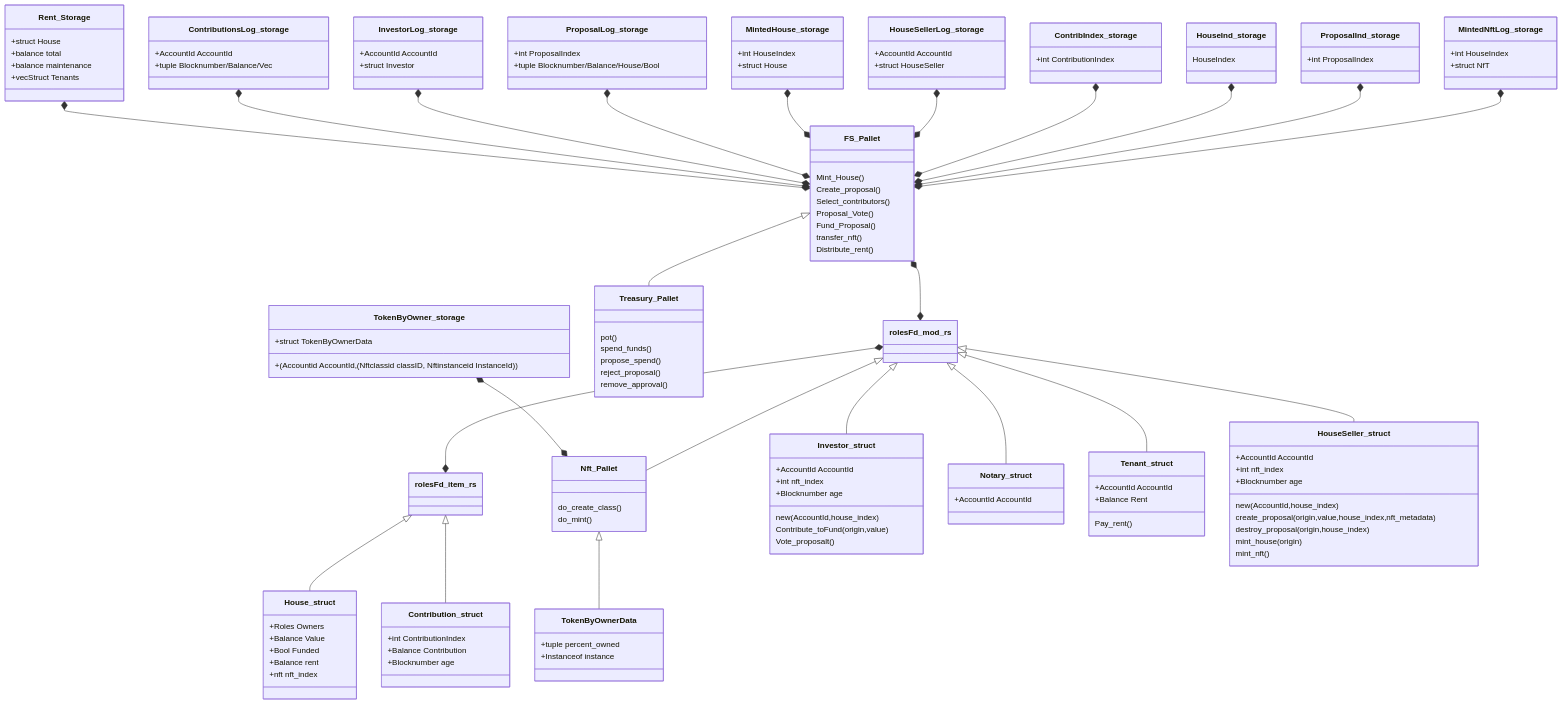
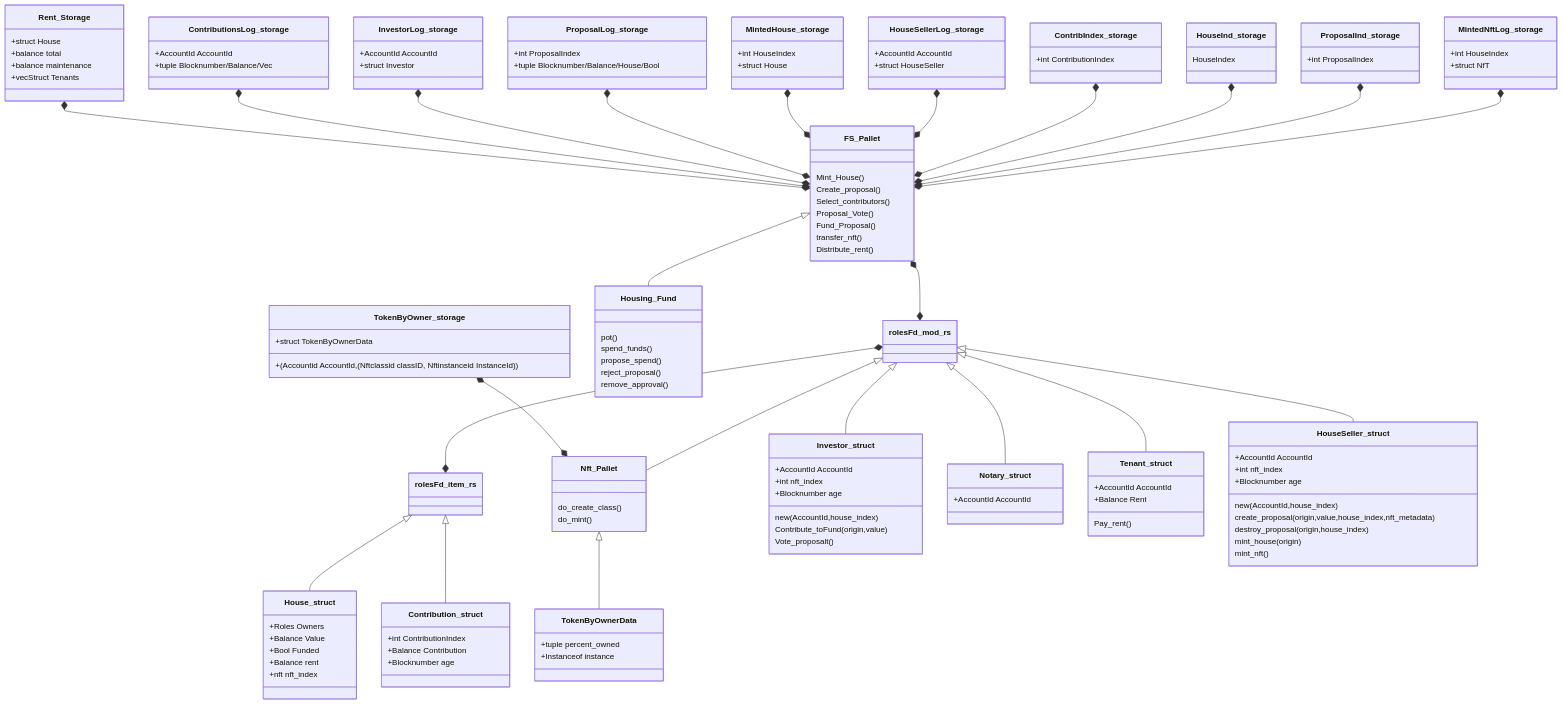
One commit to w3f/Grants-Program changed the diagram in applications/fair_squares.md. Above: the diagram before and after it, drawn with Mermaid. The commit also changed other lines of this file, not shown here.

```diff
--- a/applications/fair_squares.md
+++ b/applications/fair_squares.md
@@ -45,7 +44,7 @@
 classDiagram
 
 FS_Pallet *--* rolesFd_mod_rs
-FS_Pallet <|-- Treasury_Pallet
+FS_Pallet <|-- Housing_Fund
 rolesFd_mod_rs *--* rolesFd_item_rs 
 
 
@@ -55,7 +54,7 @@
 
 }
 
-class Treasury_Pallet{
+class Housing_Fund{
     pot()
     spend_funds()
     propose_spend()
```
